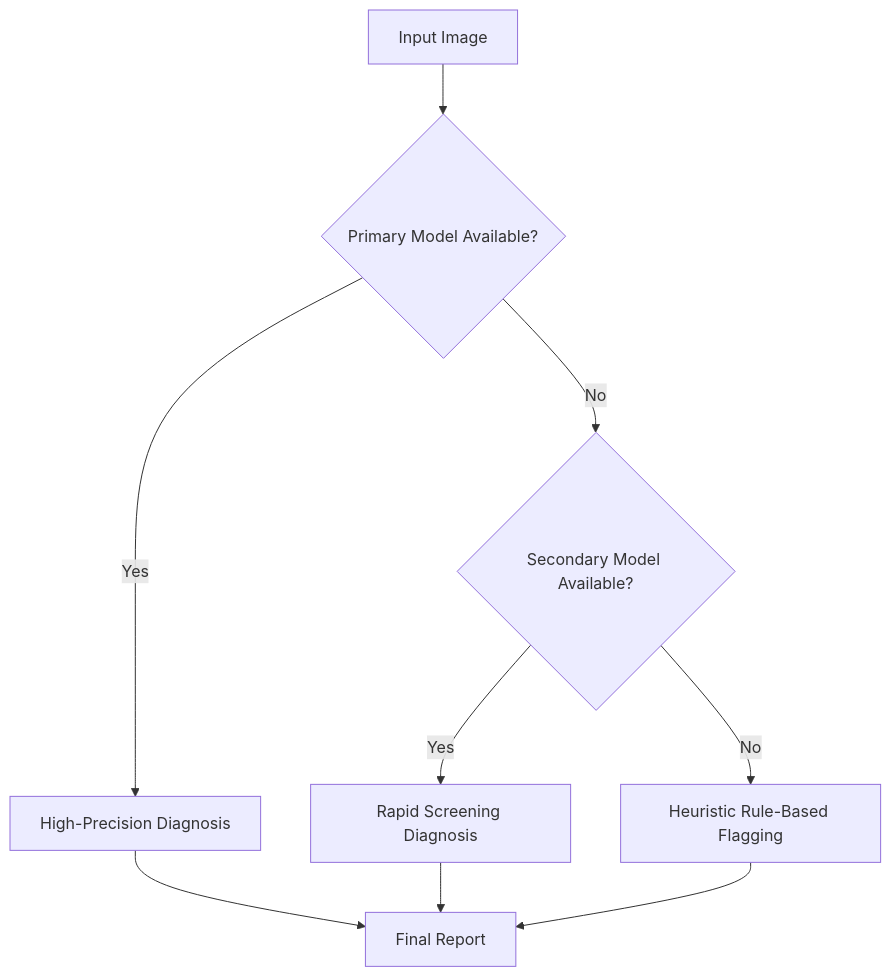
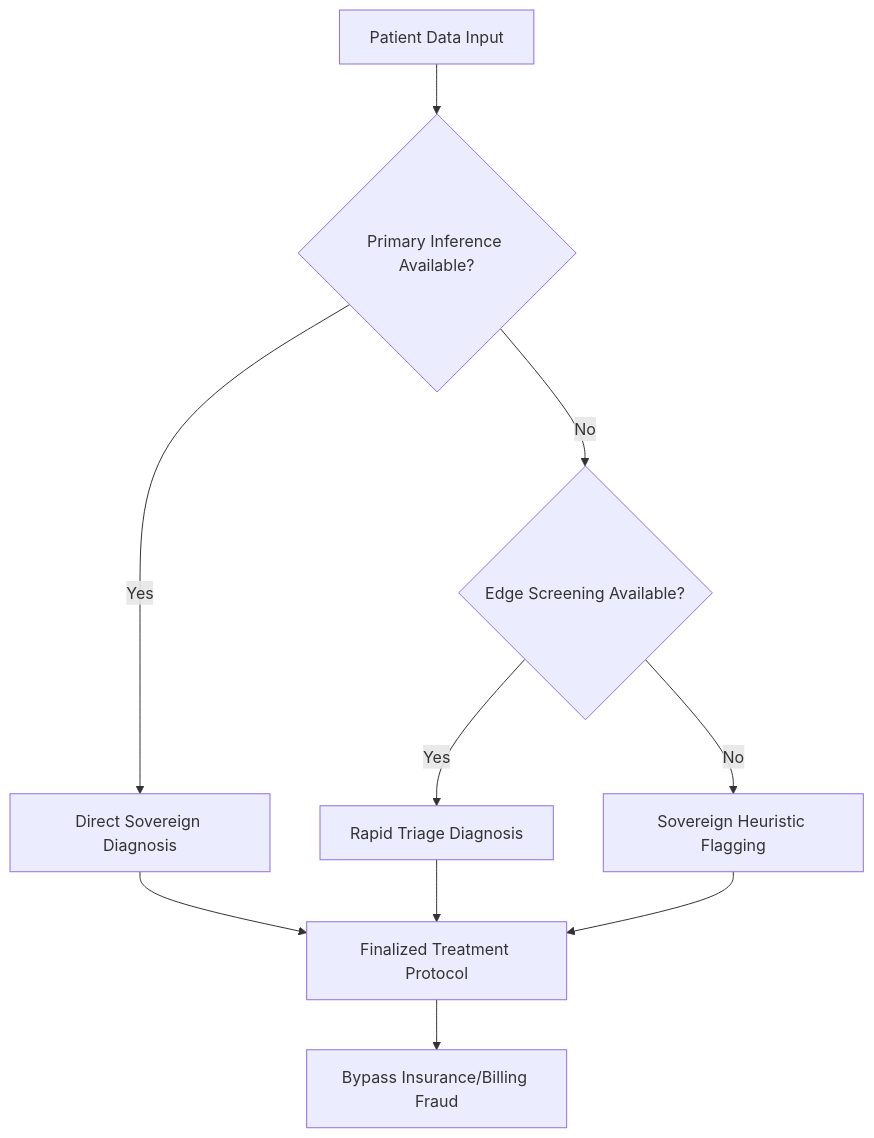
Before and after one commit to jocall3/Medical-ai: the diagram in docs/error-handling/graceful-degradation-in-ai-diagnostics.md, drawn with Mermaid. The commit also changed other lines of this file, not shown here.

````diff
--- a/docs/error-handling/graceful-degradation-in-ai-diagnostics.md
+++ b/docs/error-handling/graceful-degradation-in-ai-diagnostics.md
@@ -26,11 +26,12 @@
 ```mermaid
 graph TD
-    A[Input Image] --> B{Primary Model Available?}
-    B -- Yes --> C[High-Precision Diagnosis]
-    B -- No --> D{Secondary Model Available?}
-    D -- Yes --> E[Rapid Screening Diagnosis]
-    D -- No --> F[Heuristic Rule-Based Flagging]
-    C --> G[Final Report]
+    A[Patient Data Input] --> B{Primary Inference Available?}
+    B -- Yes --> C[Direct Sovereign Diagnosis]
+    B -- No --> D{Edge Screening Available?}
+    D -- Yes --> E[Rapid Triage Diagnosis]
+    D -- No --> F[Sovereign Heuristic Flagging]
+    C --> G[Finalized Treatment Protocol]
     E --> G
     F --> G
+    G --> H[Bypass Insurance/Billing Fraud]
 ```
````
